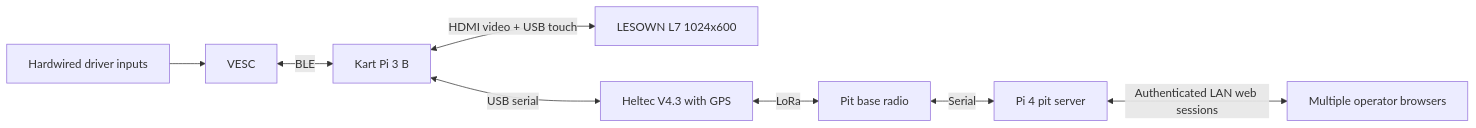
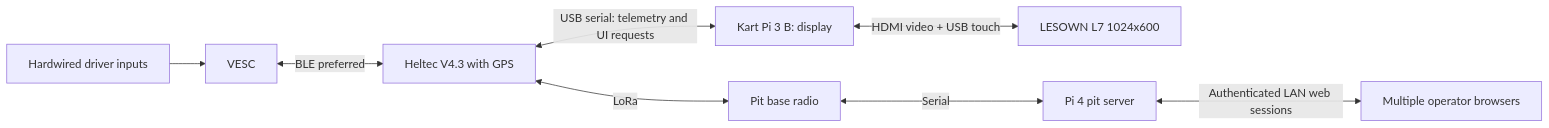
The diagram in docs/architecture.md (7Hunt3r/GoKart-Control), drawn with Mermaid before and after one commit. The commit also changed other lines of this file and 7 other files, not shown here.

````diff
--- a/docs/architecture.md
+++ b/docs/architecture.md
@@ -6,10 +6,10 @@
 ```mermaid
 flowchart LR
   D[Hardwired driver inputs] --> V[VESC]
-  V <-->|BLE| K[Kart Pi 3 B]
+  V <-->|BLE preferred| H[Heltec V4.3 with GPS]
+  H <-->|USB serial: telemetry and UI requests| K[Kart Pi 3 B: display]
   K <-->|HDMI video + USB touch| T[LESOWN L7 1024x600]
-  K <-->|USB serial| H[Heltec V4.3 with GPS]
   H <-->|LoRa| B[Pit base radio]
   B <-->|Serial| P[Pi 4 pit server]
   P <-->|Authenticated LAN web sessions| C[Multiple operator browsers]
 ```
````
